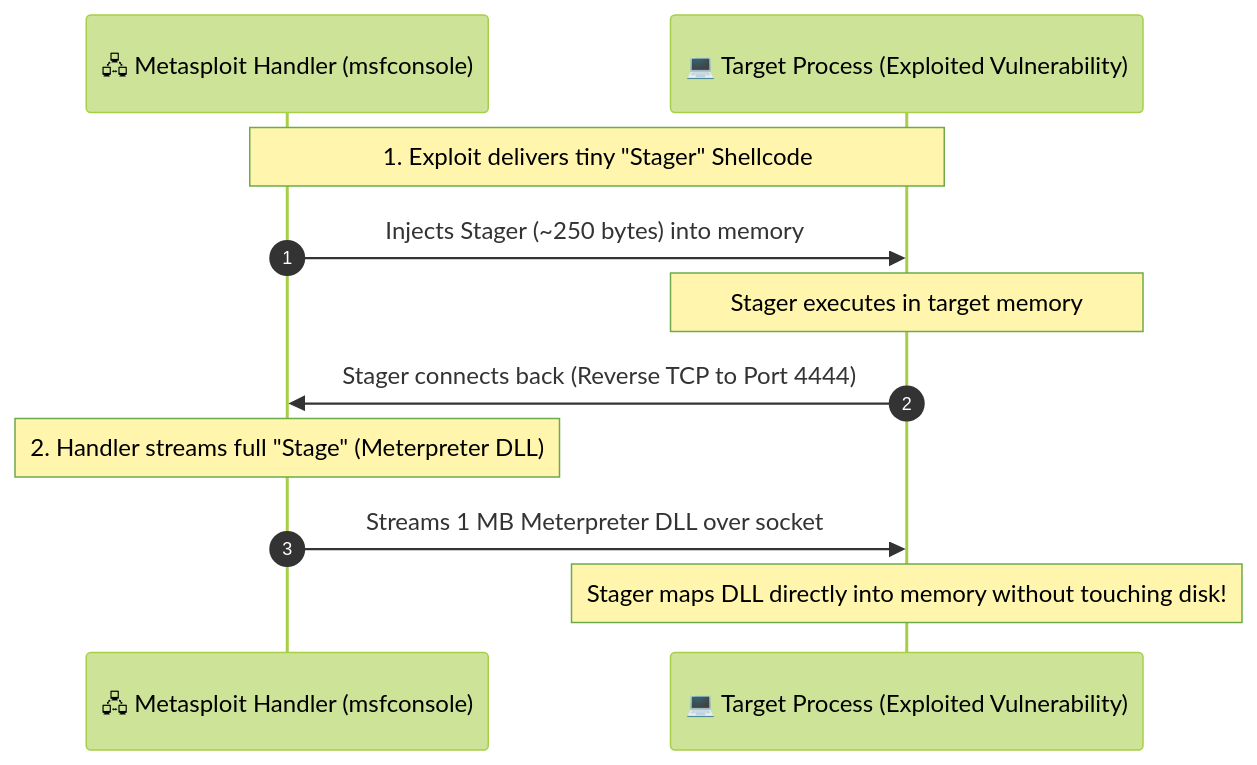
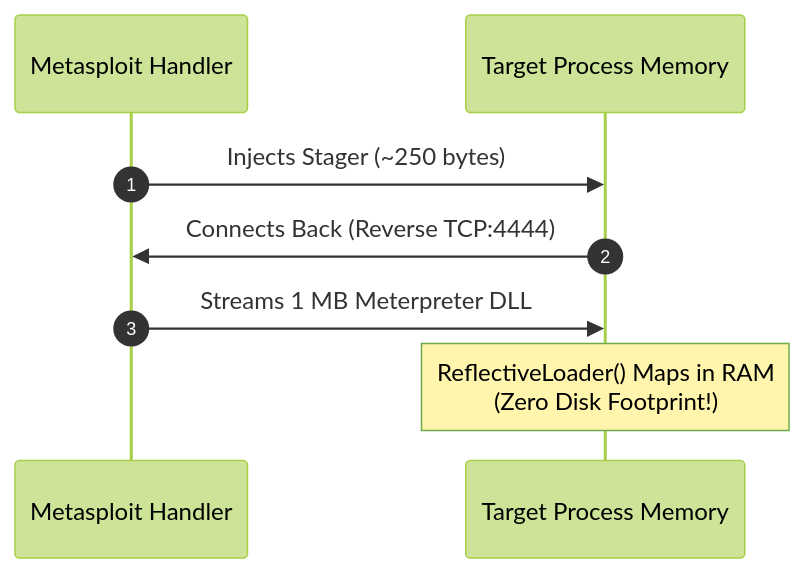
One commit to DaddyZyn/Cyber-security-notes changed the third of 5 diagrams in topics/13-pentesting-tool-internals-and-mechanics/README.md. Above: the diagram before and after it, drawn with Mermaid (forest theme). The commit also changed other lines of this file and 19 other files, not shown here.

Commit message:
fix: overhaul all Mermaid diagrams with clean vertical layouts and short line-wrapping to prevent GitHub clipping

````diff
--- a/topics/13-pentesting-tool-internals-and-mechanics/README.md
+++ b/topics/13-pentesting-tool-internals-and-mechanics/README.md
@@ -111,14 +110,11 @@
 ```mermaid
 sequenceDiagram
     autonumber
-    participant Attacker as 🖧 Metasploit Handler (msfconsole)
-    participant Target as 💻 Target Process (Exploited Vulnerability)
+    participant MSF as Metasploit Handler
+    participant Target as Target Process Memory
 
-    Note over Attacker,Target: 1. Exploit delivers tiny "Stager" Shellcode
-    Attacker->>Target: Injects Stager (~250 bytes) into memory
-    Note over Target: Stager executes in target memory
-    Target->>Attacker: Stager connects back (Reverse TCP to Port 4444)
-    Note over Attacker: 2. Handler streams full "Stage" (Meterpreter DLL)
-    Attacker->>Target: Streams 1 MB Meterpreter DLL over socket
-    Note over Target: Stager maps DLL directly into memory without touching disk!
+    MSF->>Target: Injects Stager (~250 bytes)
+    Target->>MSF: Connects Back (Reverse TCP:4444)
+    MSF->>Target: Streams 1 MB Meterpreter DLL
+    Note over Target: ReflectiveLoader() Maps in RAM<br/>(Zero Disk Footprint!)
 ```
````
